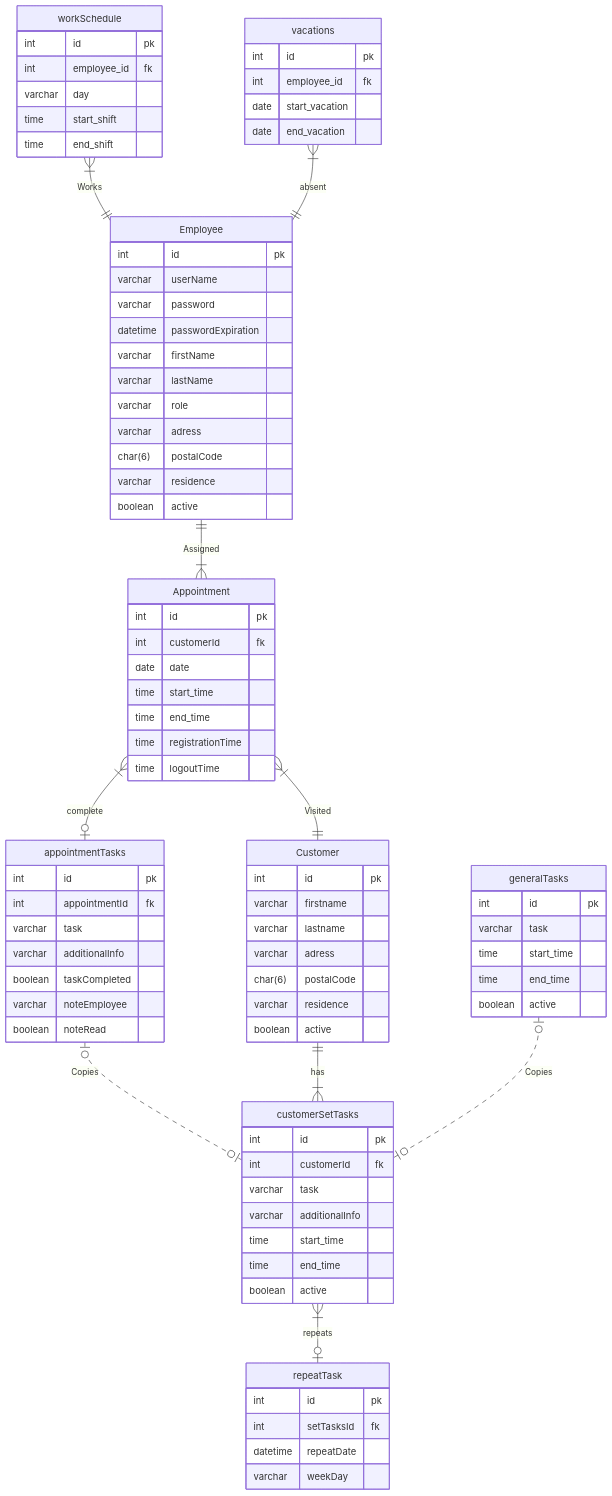
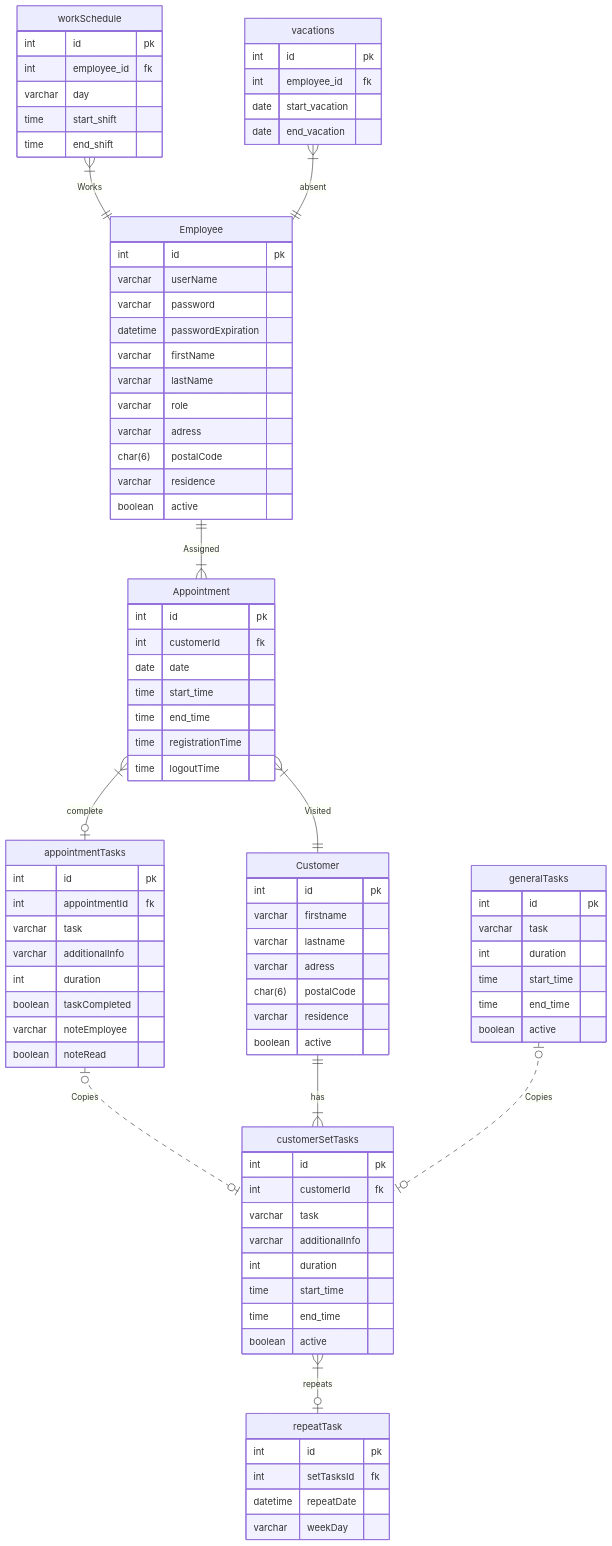
One commit to Educom-Trainees/educom-zorgApp changed the diagram in documentation/ERD.md. Above: the diagram before and after it, drawn with Mermaid.

```diff
--- a/documentation/ERD.md
+++ b/documentation/ERD.md
@@ -52,6 +52,7 @@
   int appointmentId fk
   varchar task
   varchar additionalInfo
+  int duration
   boolean taskCompleted
   varchar noteEmployee
   boolean noteRead
@@ -72,6 +73,7 @@
   generalTasks{
   int id pk
   varchar task
+  int duration
   time start_time
   time end_time
   boolean active
@@ -83,6 +85,7 @@
   int customerId fk
   varchar task
   varchar additionalInfo
+  int duration
   time start_time
   time end_time
   boolean active
```
